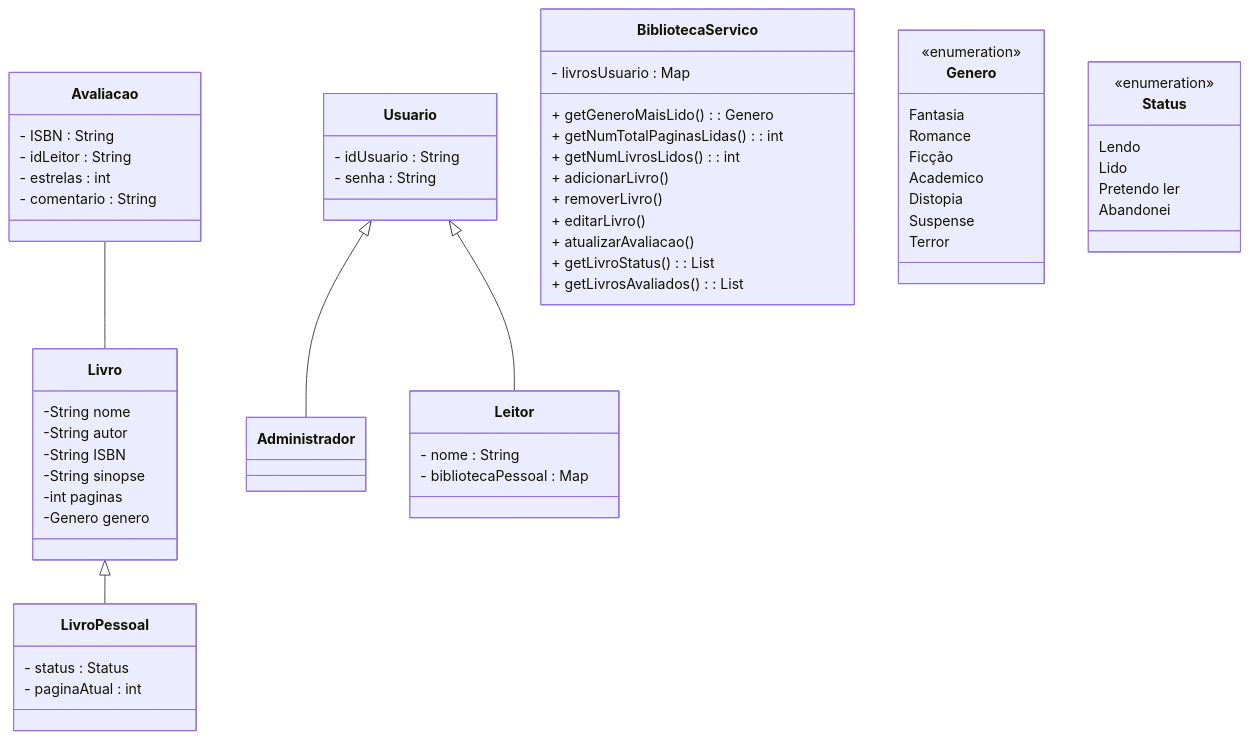
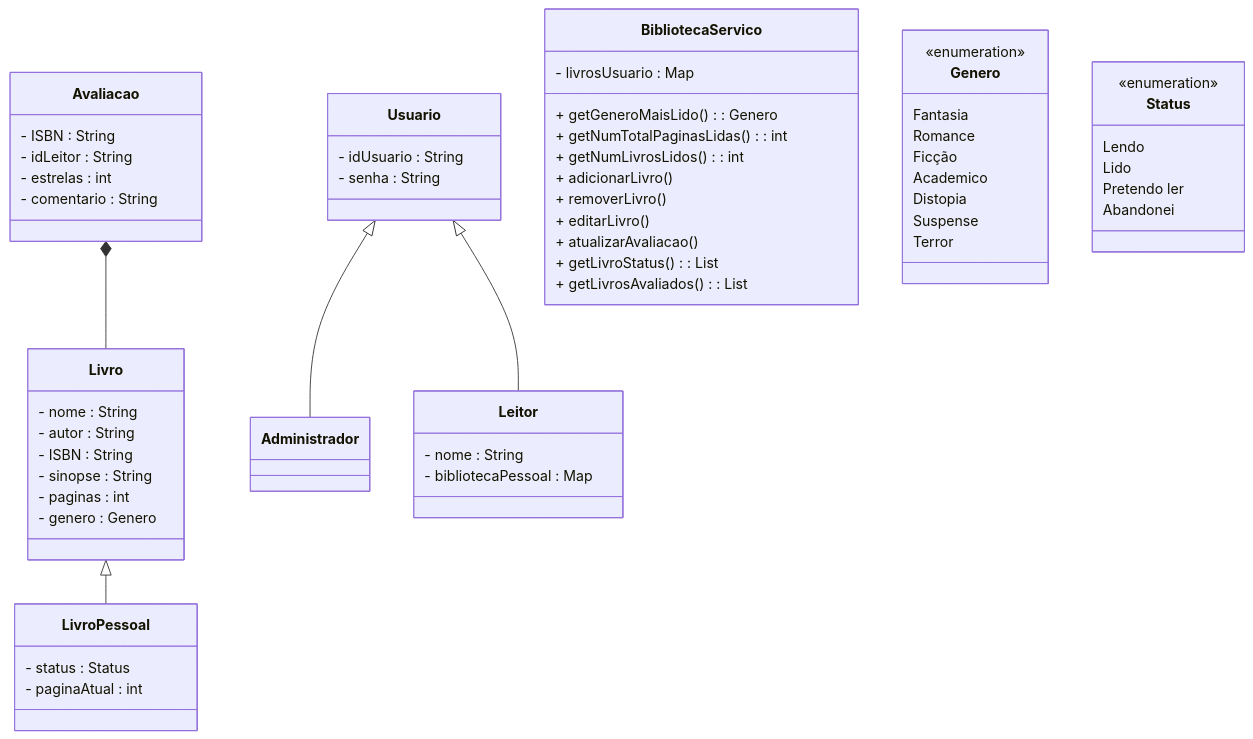
The diagram in README.md (martins-joaopedro/DCC025-TrabalhoFinal), drawn with Mermaid before and after one commit.

````diff
--- a/README.md
+++ b/README.md
@@ -4,74 +4,74 @@
 ``` mermaid
 classDiagram 
 
 Livro <|-- LivroPessoal
-Avaliacao -- Livro
+Avaliacao *-- Livro
 Usuario <|-- Administrador
 Usuario <|-- Leitor
 
 class Livro {
-    -String nome
-    -String autor
-    -String ISBN
-    -String sinopse
-    -int paginas
-    -Genero genero
+    - nome : String
+    - autor : String
+    - ISBN : String 
+    - sinopse : String 
+    - paginas : int 
+    - genero : Genero 
 }
 
 class LivroPessoal {
     - status : Status
     - paginaAtual : int
 }
 
 class Avaliacao {
     - ISBN : String
     - idLeitor : String 
     - estrelas : int
     - comentario : String
 }
 
 class Leitor {
     - nome : String
     - bibliotecaPessoal : Map<String, Livro> 
 }
 
 class Usuario {
     - idUsuario : String
     - senha : String
 }
 
 class BibliotecaServico {
     - livrosUsuario : Map<String, LivroUsuario> 
     
     + getGeneroMaisLido() : Genero
     + getNumTotalPaginasLidas() : int  
     + getNumLivrosLidos() : int
     + adicionarLivro()
     + removerLivro()
     + editarLivro()
     + atualizarAvaliacao()
     + getLivroStatus() : List<LivroUsuario>
     + getLivrosAvaliados() : List<LivroUsuario>
 }
 
 class Genero {
     <<enumeration>>
     Fantasia
     Romance
     Ficção
     Academico
     Distopia
     Suspense
     Terror
 }
 
 class Status {
     <<enumeration>>
     Lendo
     Lido
     Pretendo ler
     Abandonei
 }
 
 class Administrador
 ```
````
